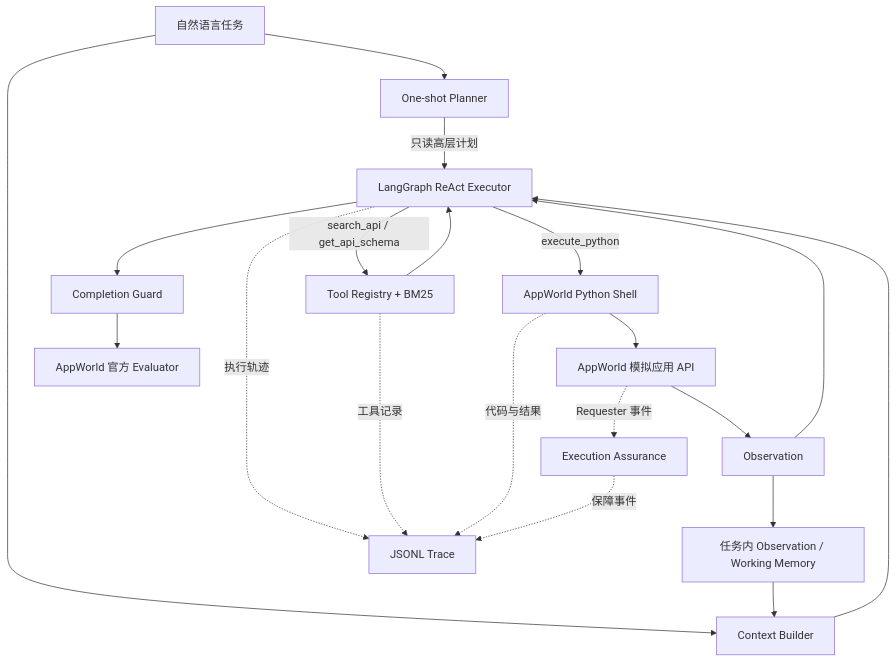
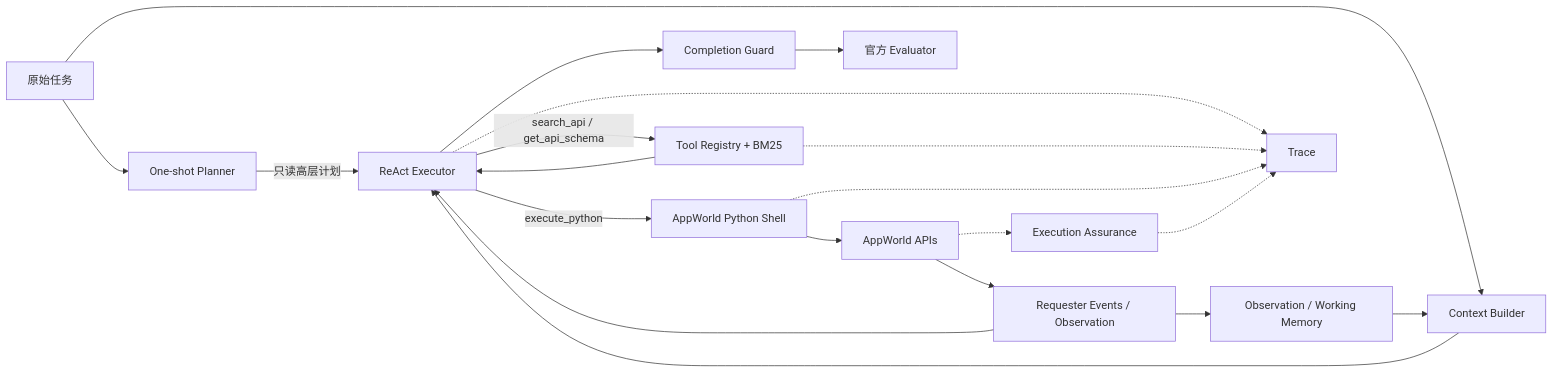
Before and after one commit to ushio-ushio/AppWorldAgent: the diagram in README.md, drawn with Mermaid. The commit also changed other lines of this file and 58 other files, not shown here.

````diff
--- a/README.md
+++ b/README.md
@@ -53,25 +34,22 @@
 ```mermaid
-flowchart TD
-    U[自然语言任务] --> P[One-shot Planner]
-    P -->|只读高层计划| R[LangGraph ReAct Executor]
+flowchart LR
+    U[原始任务] --> P[One-shot Planner]
+    P -->|只读高层计划| R[ReAct Executor]
     U --> C[Context Builder]
-    M[任务内 Observation / Working Memory] --> C
+    M[Observation / Working Memory] --> C
     C --> R
-
     R -->|search_api / get_api_schema| T[Tool Registry + BM25]
     R -->|execute_python| E[AppWorld Python Shell]
     T --> R
-    E --> A[AppWorld 模拟应用 API]
-    A --> O[Observation]
+    E --> A[AppWorld APIs]
+    A --> O[Requester Events / Observation]
     O --> M
     O --> R
-
-    A -. Requester 事件 .-> G[Execution Assurance]
+    A -.-> G[Execution Assurance]
     R --> F[Completion Guard]
-    F --> V[AppWorld 官方 Evaluator]
-
-    R -. 执行轨迹 .-> L[JSONL Trace]
-    T -. 工具记录 .-> L
-    E -. 代码与结果 .-> L
-    G -. 保障事件 .-> L
+    F --> V[官方 Evaluator]
+    R -.-> L[Trace]
+    T -.-> L
+    E -.-> L
+    G -.-> L
 ```
````
